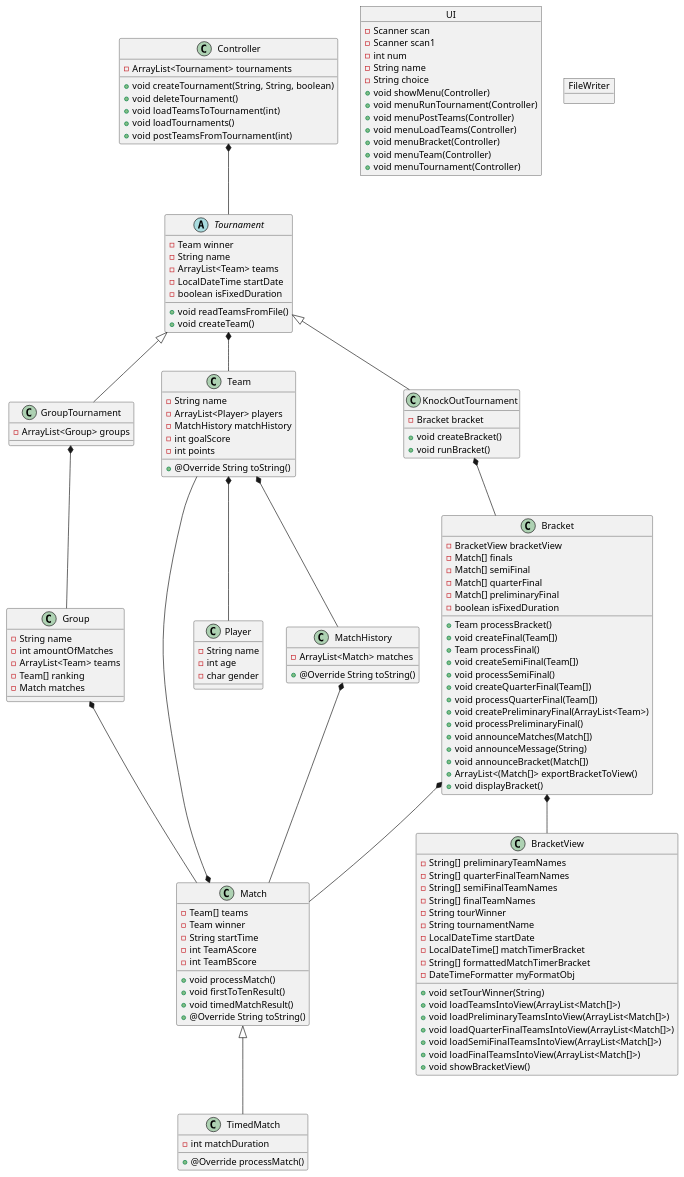
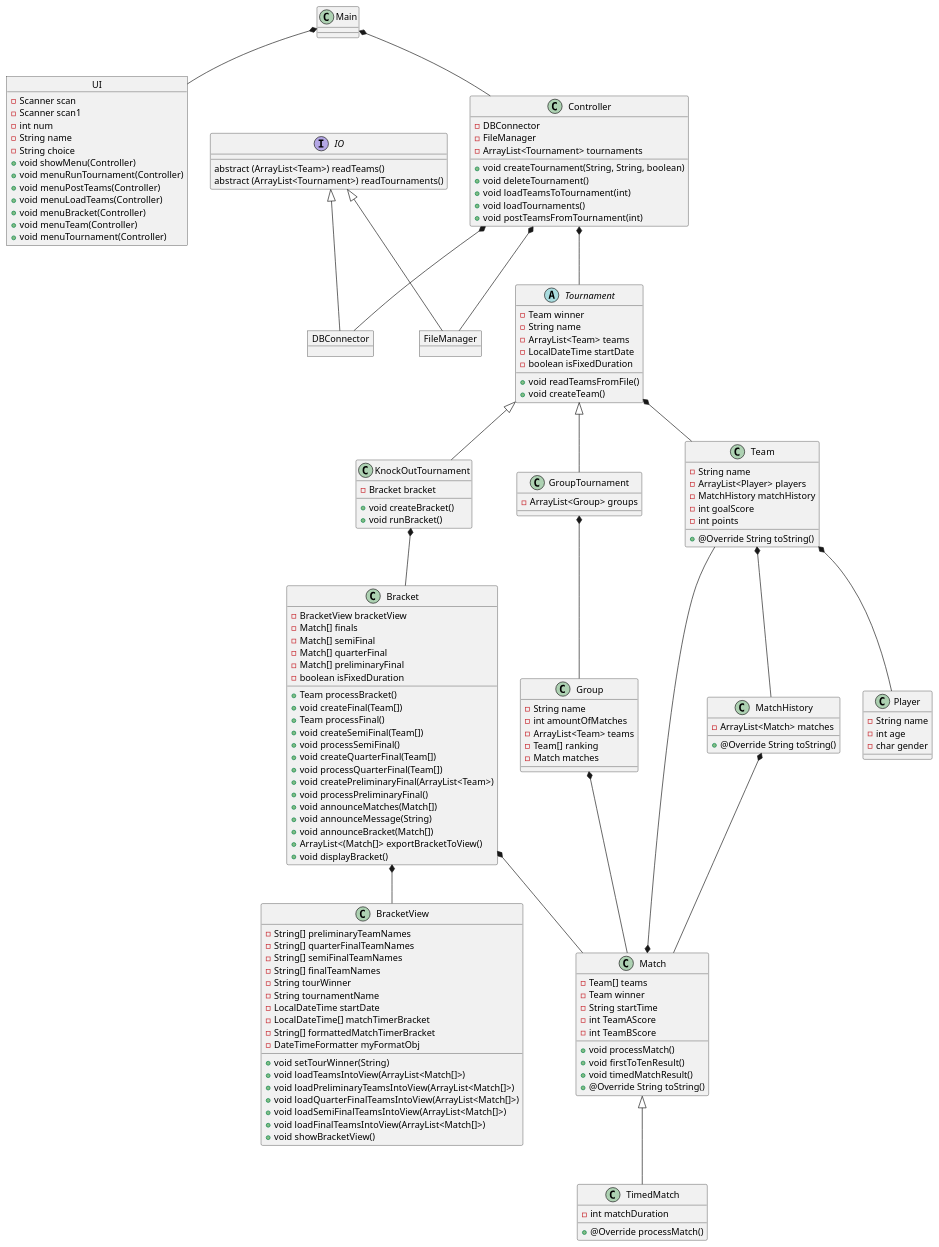
The diagram in SP3/Tournament/src/Class diagramV5.puml (coerth/Opgaver), drawn with PlantUML before and after one commit. The commit also changed 17 other files, not shown here.

```diff
--- a/SP3/Tournament/src/Class diagramV5.puml
+++ b/SP3/Tournament/src/Class diagramV5.puml
@@ -1,126 +1,138 @@
 @startuml
 abstract Tournament
 object UI
-object FileWriter
-
+object FileManager
+object DBConnector
+interface IO
+Main *-- Controller
+Main *-- UI
 Controller *-- Tournament
 Tournament *-- Team
 KnockOutTournament *-- Bracket
 Bracket *-- Match
 Group *-- Match
 Team *-- MatchHistory
 Match *-- Team
 Team *-- Player
 MatchHistory *-- Match
 GroupTournament *-- Group
 Bracket *-- BracketView
 Tournament <|-- KnockOutTournament
 Tournament <|-- GroupTournament
 Match <|-- TimedMatch
+IO <|-- FileManager
+IO <|-- DBConnector
+Controller *-- FileManager
+Controller *-- DBConnector
+
+IO : abstract (ArrayList<Team>) readTeams()
+IO : abstract (ArrayList<Tournament>) readTournaments()
 
 UI : - Scanner scan
 UI : - Scanner scan1
 UI : - int num
 UI : - String name
 UI : - String choice
 UI : + void showMenu(Controller)
 UI : + void menuRunTournament(Controller)
 UI : + void menuPostTeams(Controller)
 UI : + void menuLoadTeams(Controller)
 UI : + void menuBracket(Controller)
 UI : + void menuTeam(Controller)
 UI : + void menuTournament(Controller)
 
+Controller : - DBConnector
+Controller : - FileManager
 Controller : - ArrayList<Tournament> tournaments
 Controller : + void createTournament(String, String, boolean)
 Controller : + void deleteTournament()
 Controller : + void loadTeamsToTournament(int)
 Controller : + void loadTournaments()
 Controller : + void postTeamsFromTournament(int)
 
 Tournament : - Team winner
 Tournament : - String name
 Tournament : - ArrayList<Team> teams
 Tournament : - LocalDateTime startDate
 Tournament : - boolean isFixedDuration
 Tournament : + void readTeamsFromFile()
 Tournament : + void createTeam()
 
 KnockOutTournament : - Bracket bracket
 KnockOutTournament : + void createBracket()
 KnockOutTournament : + void runBracket()
 
 GroupTournament : - ArrayList<Group> groups
 
 Group : - String name
 Group : - int amountOfMatches
 Group : - ArrayList<Team> teams
 Group : - Team[] ranking
 Group : - Match matches
 
 Bracket : - BracketView bracketView
 Bracket : - Match[] finals
 Bracket : - Match[] semiFinal
 Bracket : - Match[] quarterFinal
 Bracket : - Match[] preliminaryFinal
 Bracket : - boolean isFixedDuration
 Bracket : + Team processBracket()
 Bracket : + void createFinal(Team[])
 Bracket : + Team processFinal()
 Bracket : + void createSemiFinal(Team[])
 Bracket : + void processSemiFinal()
 Bracket : + void createQuarterFinal(Team[])
 Bracket : + void processQuarterFinal(Team[])
 Bracket : + void createPreliminaryFinal(ArrayList<Team>)
 Bracket : + void processPreliminaryFinal()
 Bracket : + void announceMatches(Match[])
 Bracket : + void announceMessage(String)
 Bracket : + void announceBracket(Match[])
 Bracket : + ArrayList<(Match[]> exportBracketToView()
 Bracket : + void displayBracket()
 
 BracketView : - String[] preliminaryTeamNames
 BracketView : - String[] quarterFinalTeamNames
 BracketView : - String[] semiFinalTeamNames
 BracketView : - String[] finalTeamNames
 BracketView : - String tourWinner
 BracketView : - String tournamentName
 BracketView : - LocalDateTime startDate
 BracketView : - LocalDateTime[] matchTimerBracket
 BracketView : - String[] formattedMatchTimerBracket
 BracketView : - DateTimeFormatter myFormatObj
 BracketView : + void setTourWinner(String)
 BracketView : + void loadTeamsIntoView(ArrayList<Match[]>)
 BracketView : + void loadPreliminaryTeamsIntoView(ArrayList<Match[]>)
 BracketView : + void loadQuarterFinalTeamsIntoView(ArrayList<Match[]>)
 BracketView : + void loadSemiFinalTeamsIntoView(ArrayList<Match[]>)
 BracketView : + void loadFinalTeamsIntoView(ArrayList<Match[]>)
 BracketView : + void showBracketView()
 
 MatchHistory : - ArrayList<Match> matches
 MatchHistory : + @Override String toString()
 
 Match : - Team[] teams
 Match : - Team winner
 Match : - String startTime
 Match : - int TeamAScore
 Match : - int TeamBScore
 Match : + void processMatch()
 Match : + void firstToTenResult()
 Match : + void timedMatchResult()
 Match : + @Override String toString()
 
 TimedMatch : - int matchDuration
 TimedMatch : + @Override processMatch()
 
 Team : - String name
 Team : - ArrayList<Player> players
 Team : - MatchHistory matchHistory
 Team : - int goalScore
 Team : - int points
 Team : + @Override String toString()
 
 Player : - String name
 Player : - int age
 Player : - char gender
 @enduml
```
